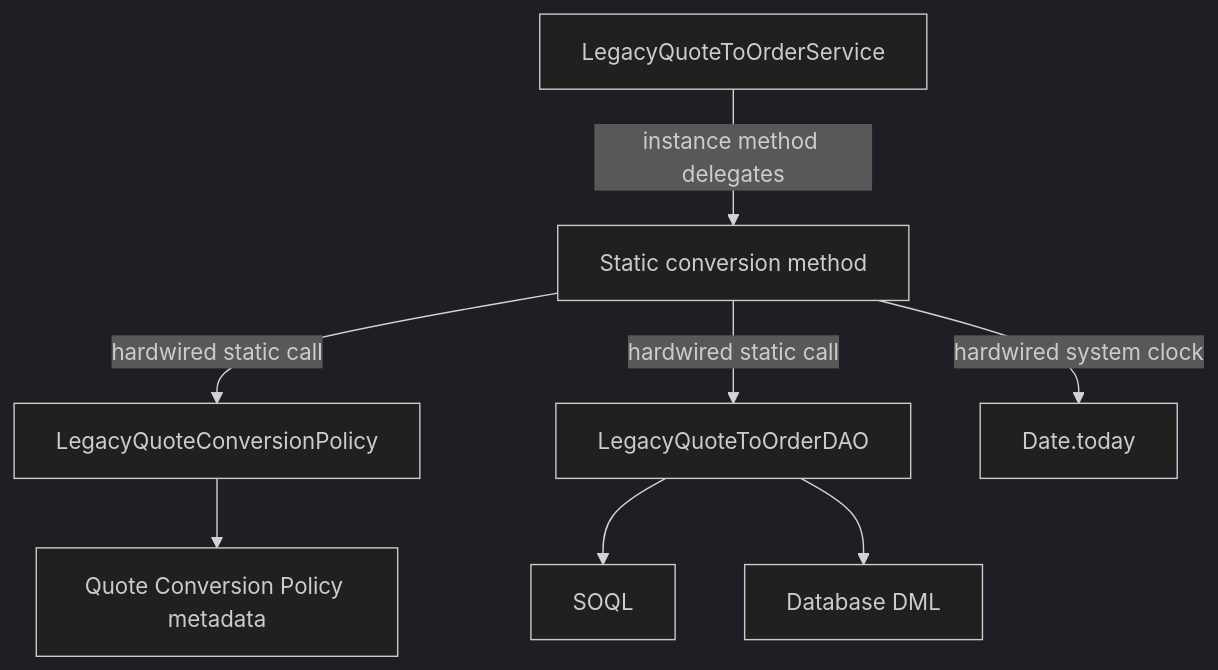
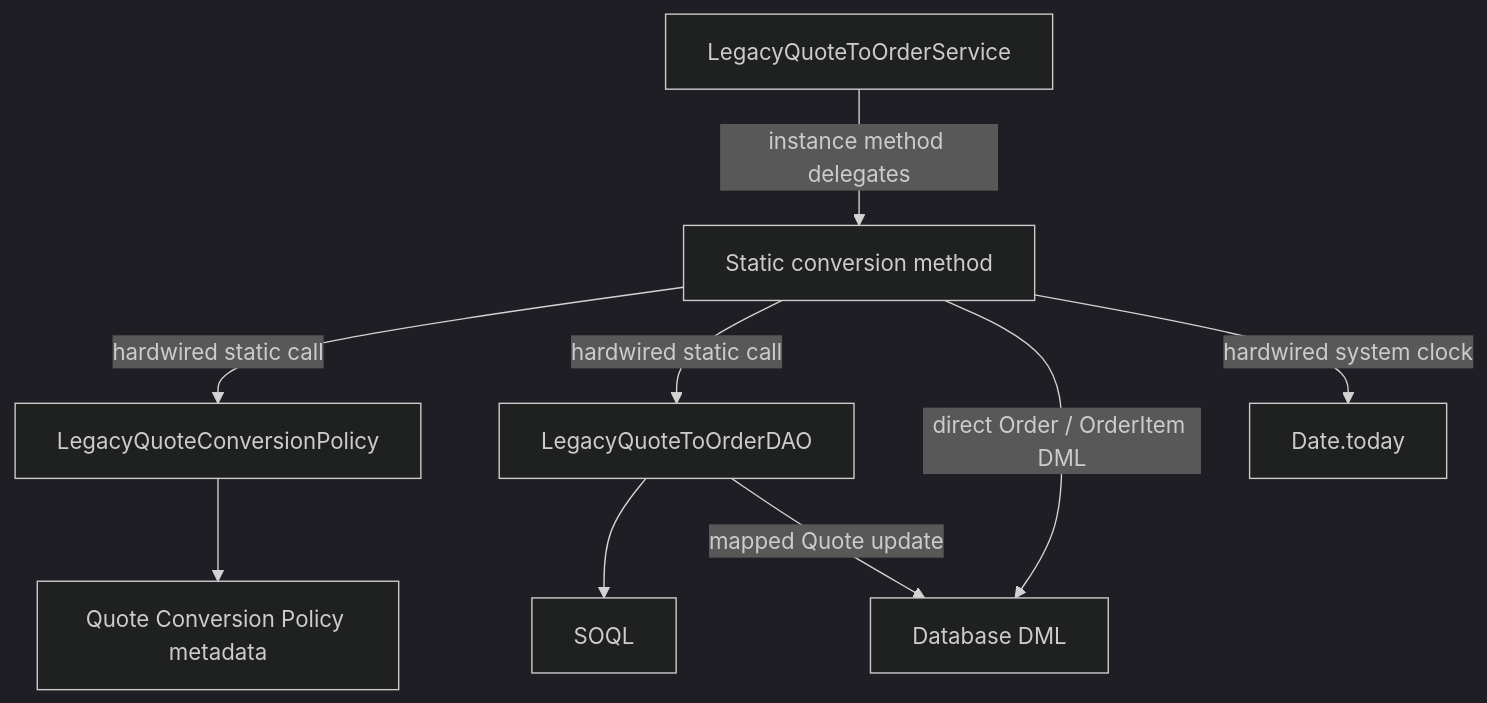
One commit to FirstPlatoLV/Apex_Unit_Test_BB changed the first of 2 diagrams in README.md. Above: the diagram before and after it, drawn with Mermaid (dark theme). The commit also changed other lines of this file and 6 other files, not shown here.

````diff
--- a/README.md
+++ b/README.md
@@ -11,22 +11,23 @@
 ```mermaid
 flowchart TB
   LegacyService["LegacyQuoteToOrderService"]
   StaticLogic["Static conversion method"]
   LegacyPolicy["LegacyQuoteConversionPolicy"]
   Metadata["Quote Conversion Policy metadata"]
   LegacyDAO["LegacyQuoteToOrderDAO"]
   SOQL["SOQL"]
   Database["Database DML"]
   SystemDate["Date.today"]
 
   LegacyService -->|"instance method delegates"| StaticLogic
 
   StaticLogic -->|"hardwired static call"| LegacyPolicy
   LegacyPolicy --> Metadata
 
   StaticLogic -->|"hardwired static call"| LegacyDAO
   LegacyDAO --> SOQL
-  LegacyDAO --> Database
+  StaticLogic -->|"direct Order / OrderItem DML"| Database
+  LegacyDAO -->|"mapped Quote update"| Database
 
   StaticLogic -->|"hardwired system clock"| SystemDate
 ```
````
